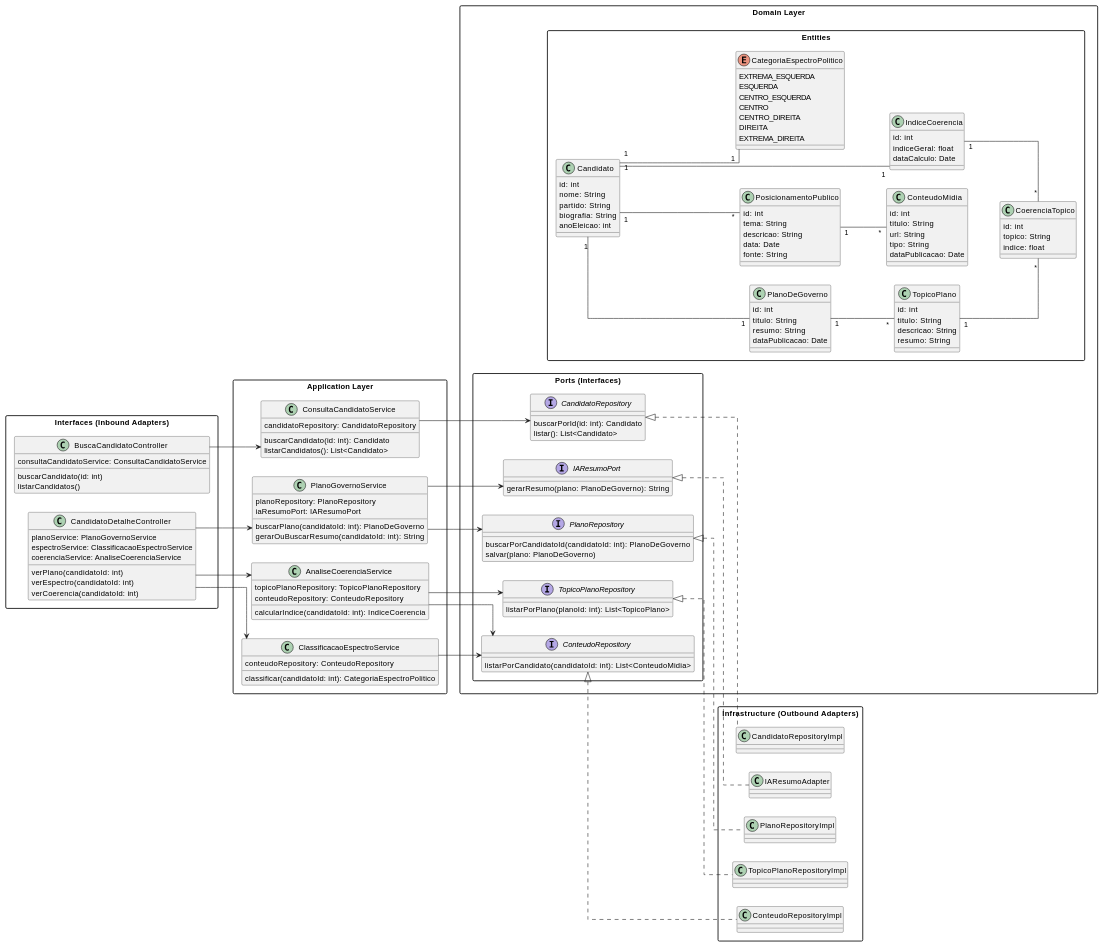
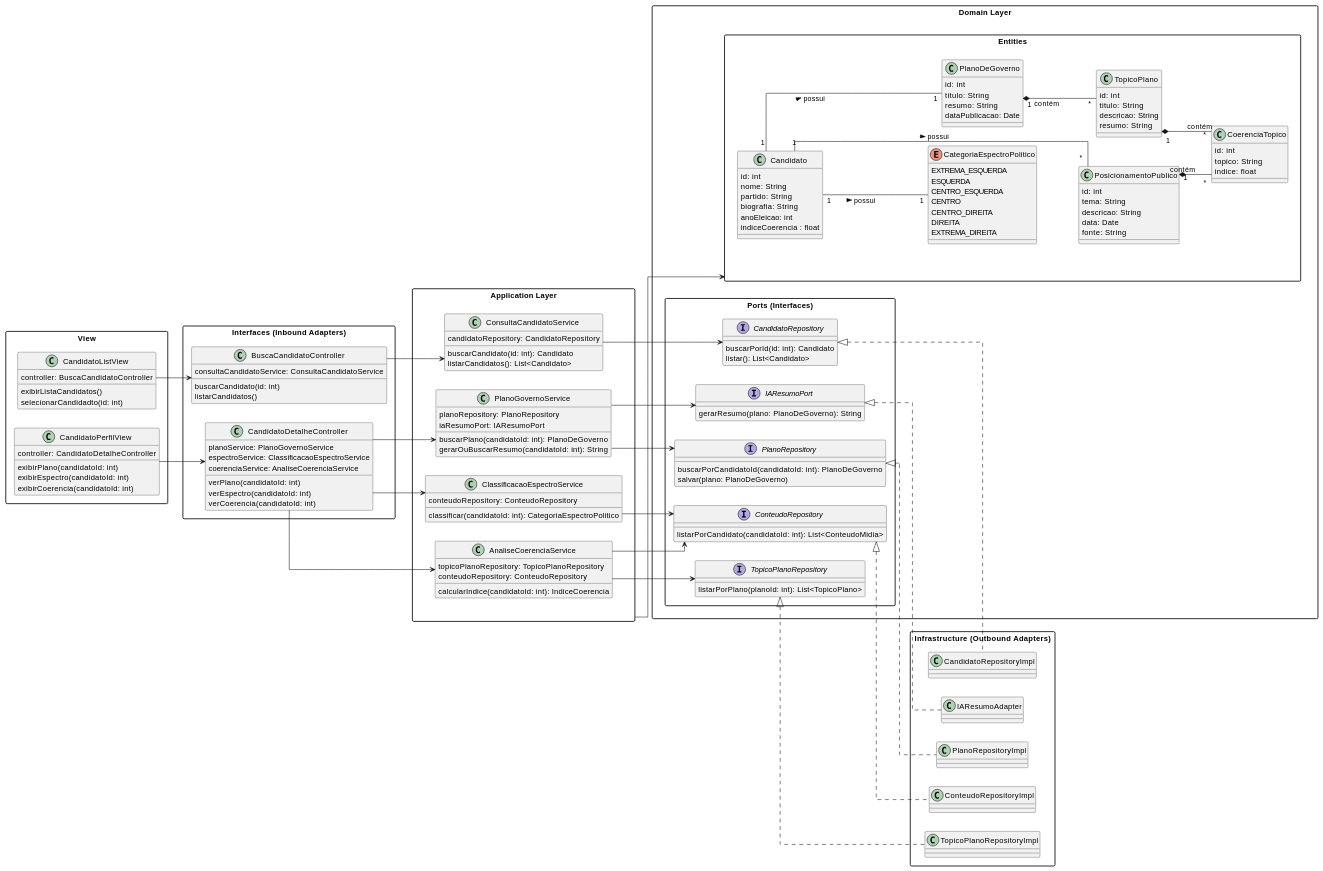
The diagram in Documentação /04 - Implementação/Diagrama_de_Classes_de_Implementação.md (Nenhum-Grupo/ProjetoEngenharia), drawn with PlantUML before and after one commit. The commit also changed other lines of this file, not shown here.

Commit message:
Revise class diagram and remove obsolete classes
Updated class diagram to reflect changes in candidate relationships and removed unused classes.

````diff
--- a/Documentação /04 - Implementação/Diagrama_de_Classes_de_Implementação.md
+++ b/Documentação /04 - Implementação/Diagrama_de_Classes_de_Implementação.md
@@ -41,10 +41,28 @@
 ```plantuml
-
 @startuml
 
 skinparam packageStyle rectangle
 skinparam linetype ortho
 left to right direction
+
+package "View" {
+
+class CandidatoListView {
+        controller: BuscaCandidatoController
+        
+        exibirListaCandidatos()
+        selecionarCandidadto(id: int)
+    }
+
+    class CandidatoPerfilView {
+        controller: CandidatoDetalheController
+        
+        exibirPlano(candidatoId: int)
+        exibirEspectro(candidatoId: int)
+        exibirCoerencia(candidatoId: int)
+    }
+
+}
 
 package "Interfaces (Inbound Adapters)" {
 
@@ -109,6 +127,7 @@
  partido: String
  biografia: String
  anoEleicao: int
+ indiceCoerencia : float
 }
 
 class PlanoDeGoverno {
@@ -131,20 +150,6 @@
  descricao: String
  data: Date
  fonte: String
-}
-
-class ConteudoMidia {
- id: int
- titulo: String
- url: String
- tipo: String
- dataPublicacao: Date
-}
-
-class IndiceCoerencia {
- id: int
- indiceGeral: float
- dataCalculo: Date
 }
 
 class CoerenciaTopico {
@@ -232,17 +237,22 @@
 
 ' Domain relationships
 
-Candidato "1" -- "1" PlanoDeGoverno
-Candidato "1" -- "1" IndiceCoerencia
-Candidato "1" -- "1" CategoriaEspectroPolitico
+Candidato "1" -- "1" CategoriaEspectroPolitico : possui >
+Candidato "1" -- "1" PlanoDeGoverno : possui >
+Candidato "1" -- "*" PosicionamentoPublico : possui >
 
-PlanoDeGoverno "1" -- "*" TopicoPlano
+PlanoDeGoverno "1" *-- "*" TopicoPlano : contém
 
-Candidato "1" -- "*" PosicionamentoPublico
-PosicionamentoPublico "1" -- "*" ConteudoMidia
+TopicoPlano "1" *-- "*" CoerenciaTopico : contém
+PosicionamentoPublico "1" *-- "*" CoerenciaTopico : contém
 
-IndiceCoerencia "1" -- "*" CoerenciaTopico
-TopicoPlano "1" -- "*" CoerenciaTopico
+' View Relations
+
+CandidatoListView --> BuscaCandidatoController
+CandidatoPerfilView --> CandidatoDetalheController
+
+'Layer Relation 
+"Application Layer" --> "Entities"
 
 @enduml
 ```
````
